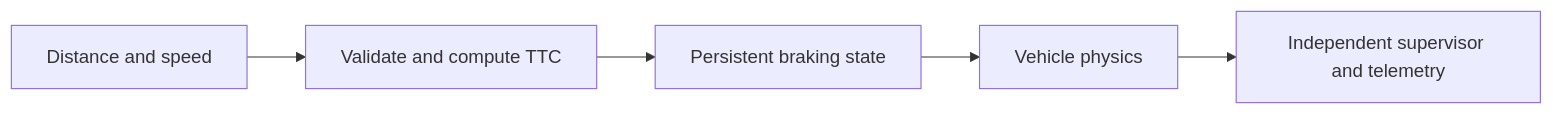
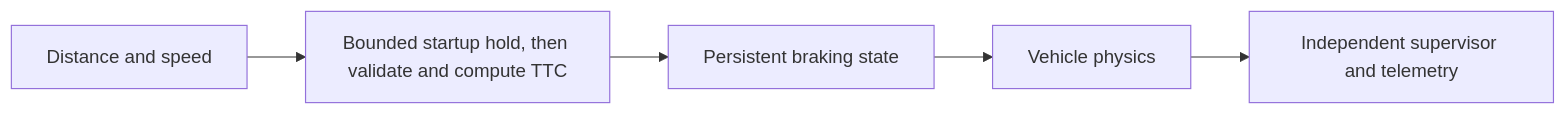
Before and after one commit to FerasElghandour/autonomous-braking-simulation: the diagram in README.md, drawn with Mermaid. The commit also changed other lines of this file and 80 other files, not shown here.

Commit message:
Fix Webots startup hold and publish replay-audited physics validation

````diff
--- a/README.md
+++ b/README.md
@@ -11,7 +11,7 @@
 ```mermaid
 flowchart LR
- A[Distance and speed] --> B[Validate and compute TTC]
+ A[Distance and speed] --> B[Bounded startup hold, then validate and compute TTC]
  B --> C[Persistent braking state]
  C --> D[Vehicle physics]
  D --> E[Independent supervisor and telemetry]
 ```
````
